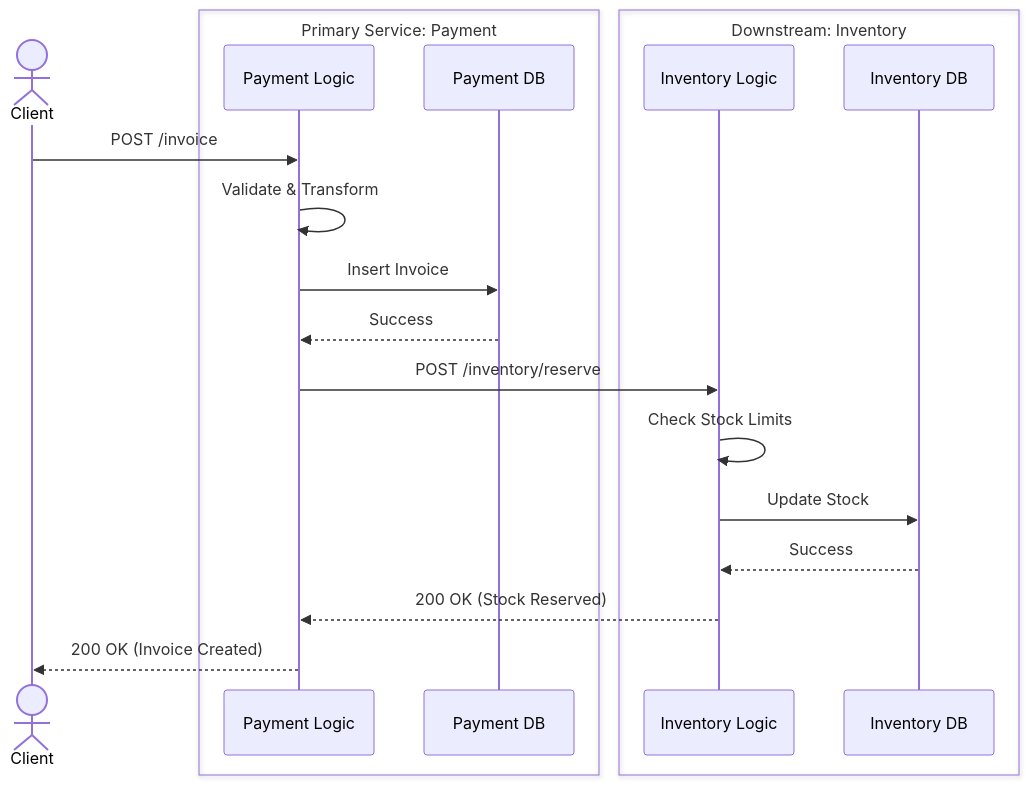
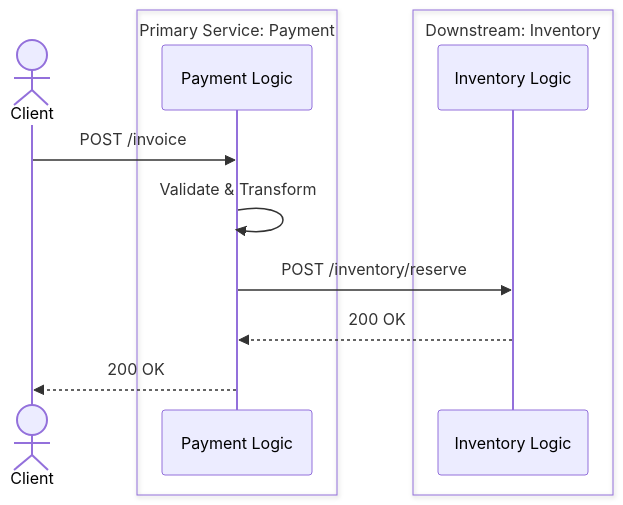
The first of 4 diagrams in skills/lz-tech-doc-architect/assets/doc-template-endpoint.md (lutfi-zain/lz-stacks), drawn with Mermaid before and after one commit. The commit also changed other lines of this file and 1 other file, not shown here.

Commit message:
Update doc-template-endpoint.md and SKILL.md to STRICTLY enforce per-service flowchart diagrams and capture if/else logic

````diff
--- a/skills/lz-tech-doc-architect/assets/doc-template-endpoint.md
+++ b/skills/lz-tech-doc-architect/assets/doc-template-endpoint.md
@@ -22,27 +22,20 @@
 ```mermaid
 sequenceDiagram
     actor C as Client
     box Primary Service: Payment
     participant Svc1 as Payment Logic
-    participant Repo1 as Payment DB
     end
     
     box Downstream: Inventory
     participant Svc2 as Inventory Logic
-    participant Repo2 as Inventory DB
     end
 
     C->>Svc1: POST /invoice
     Svc1->>Svc1: Validate & Transform
-    Svc1->>Repo1: Insert Invoice
-    Repo1-->>Svc1: Success
     
     %% Cross-service integration
     Svc1->>Svc2: POST /inventory/reserve
-    Svc2->>Svc2: Check Stock Limits
-    Svc2->>Repo2: Update Stock
-    Repo2-->>Svc2: Success
-    Svc2-->>Svc1: 200 OK (Stock Reserved)
+    Svc2-->>Svc1: 200 OK
     
-    Svc1-->>C: 200 OK (Invoice Created)
+    Svc1-->>C: 200 OK
 ```
````
